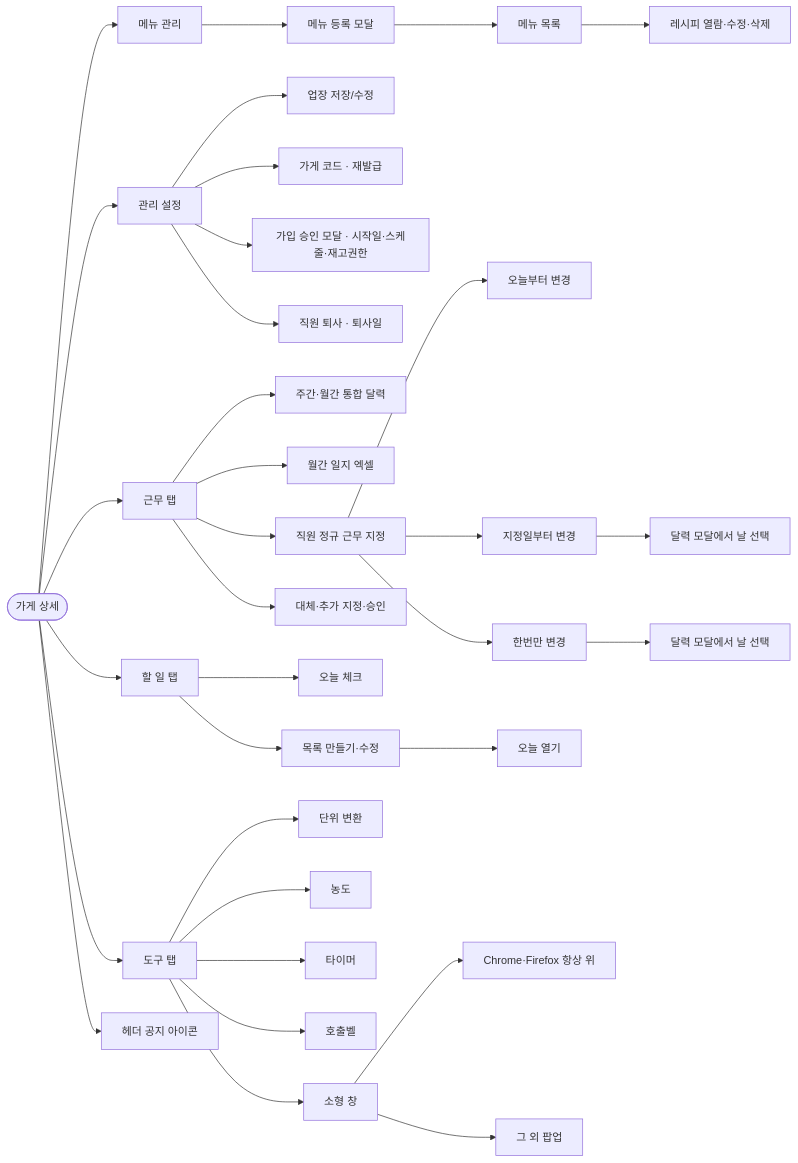
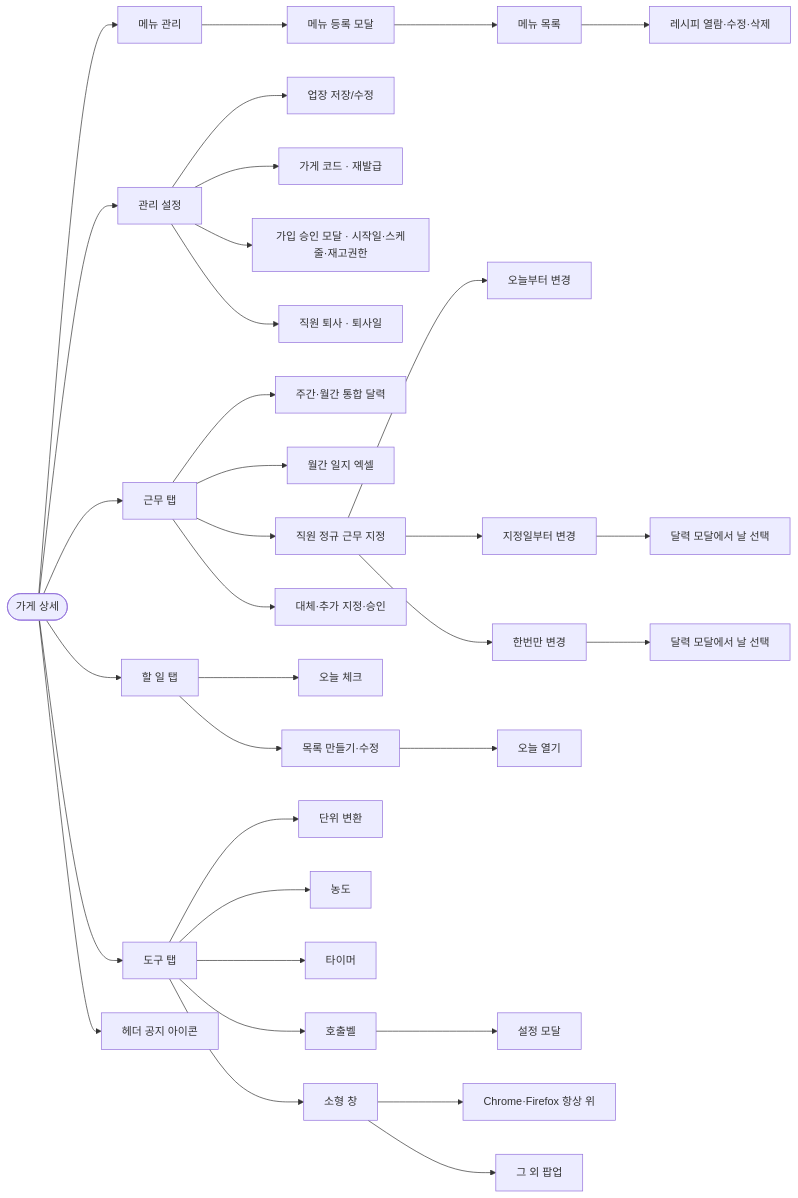
Before and after one commit to ohdeg/PBB: the tenth of 28 diagrams in docs/PBB-유저-흐름도.md, drawn with Mermaid. The commit also changed other lines of this file and 18 other files, not shown here.

````diff
--- a/docs/PBB-유저-흐름도.md
+++ b/docs/PBB-유저-흐름도.md
@@ -245,35 +245,36 @@
 ```mermaid
 flowchart LR
     store([가게 상세]) --> menus[메뉴 관리]
     menus --> addMenu[메뉴 등록 모달]
     addMenu --> menuList[메뉴 목록]
     menuList --> recipeEdit[레시피 열람·수정·삭제]
     store --> settings[관리 설정]
     settings --> saveStore[업장 저장/수정]
     settings --> inviteCode[가게 코드 · 재발급]
     settings --> joins[가입 승인 모달 · 시작일·스케줄·재고권한]
     settings --> resign[직원 퇴사 · 퇴사일]
     store --> schedule[근무 탭]
     schedule --> calendar[주간·월간 통합 달력]
     schedule --> journalXlsx[월간 일지 엑셀]
     schedule --> assign[직원 정규 근무 지정]
     assign --> fromToday[오늘부터 변경]
     assign --> fromDate[지정일부터 변경]
     fromDate --> pickDate[달력 모달에서 날 선택]
     assign --> once[한번만 변경]
     once --> pickOnce[달력 모달에서 날 선택]
     schedule --> cover[대체·추가 지정·승인]
     store --> checklists[할 일 탭]
     checklists --> todayList[오늘 체크]
     checklists --> templates[목록 만들기·수정]
     templates --> openToday[오늘 열기]
     store --> tools[도구 탭]
     store --> notice[헤더 공지 아이콘]
     tools --> units[단위 변환]
     tools --> concentration[농도]
     tools --> timers[타이머]
     tools --> callbell[호출벨]
+    callbell --> bellSettings[설정 모달]
     tools --> compact[소형 창]
     compact --> pip[Chrome·Firefox 항상 위]
     compact --> pop[그 외 팝업]
 ```
````
